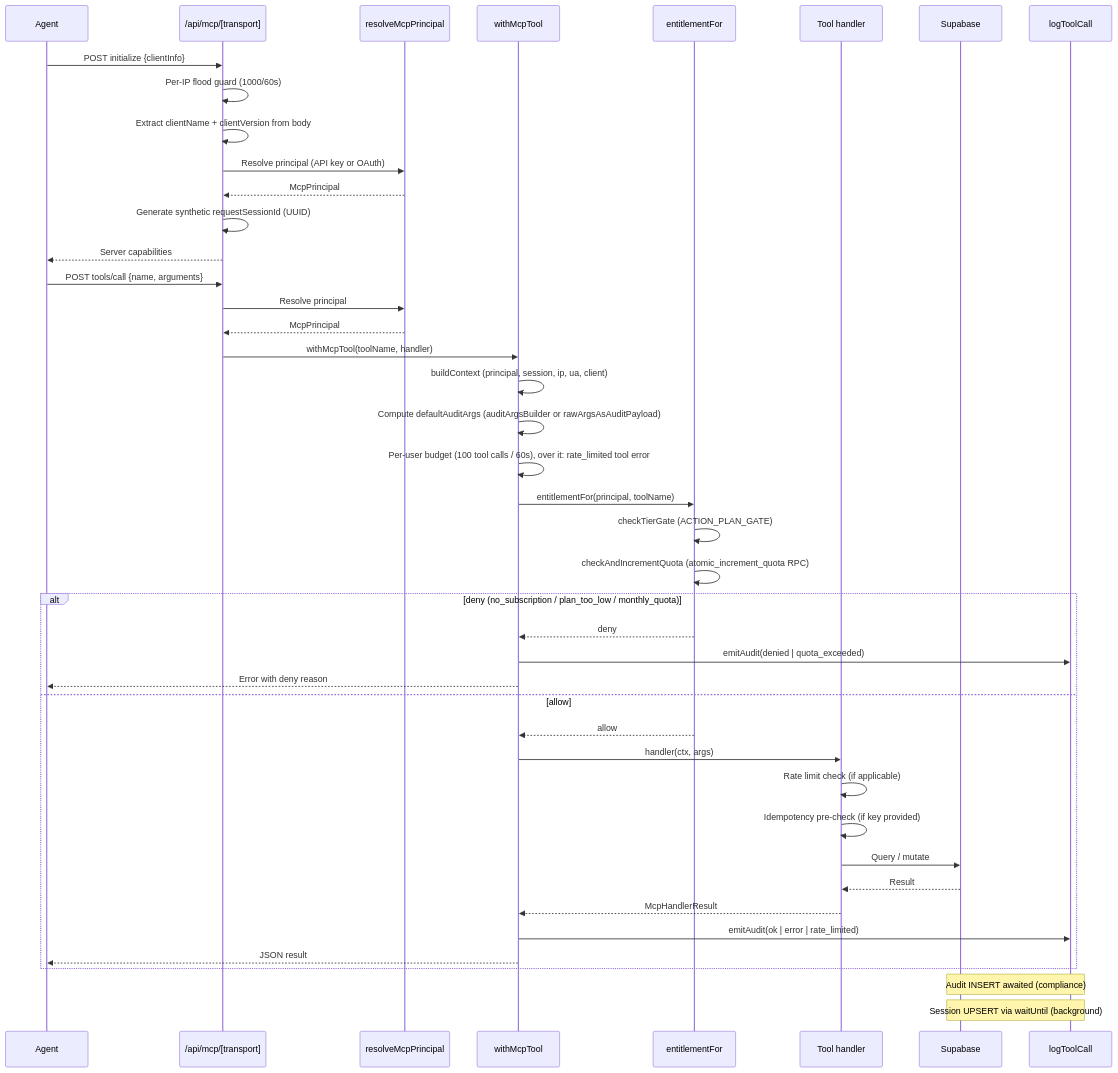
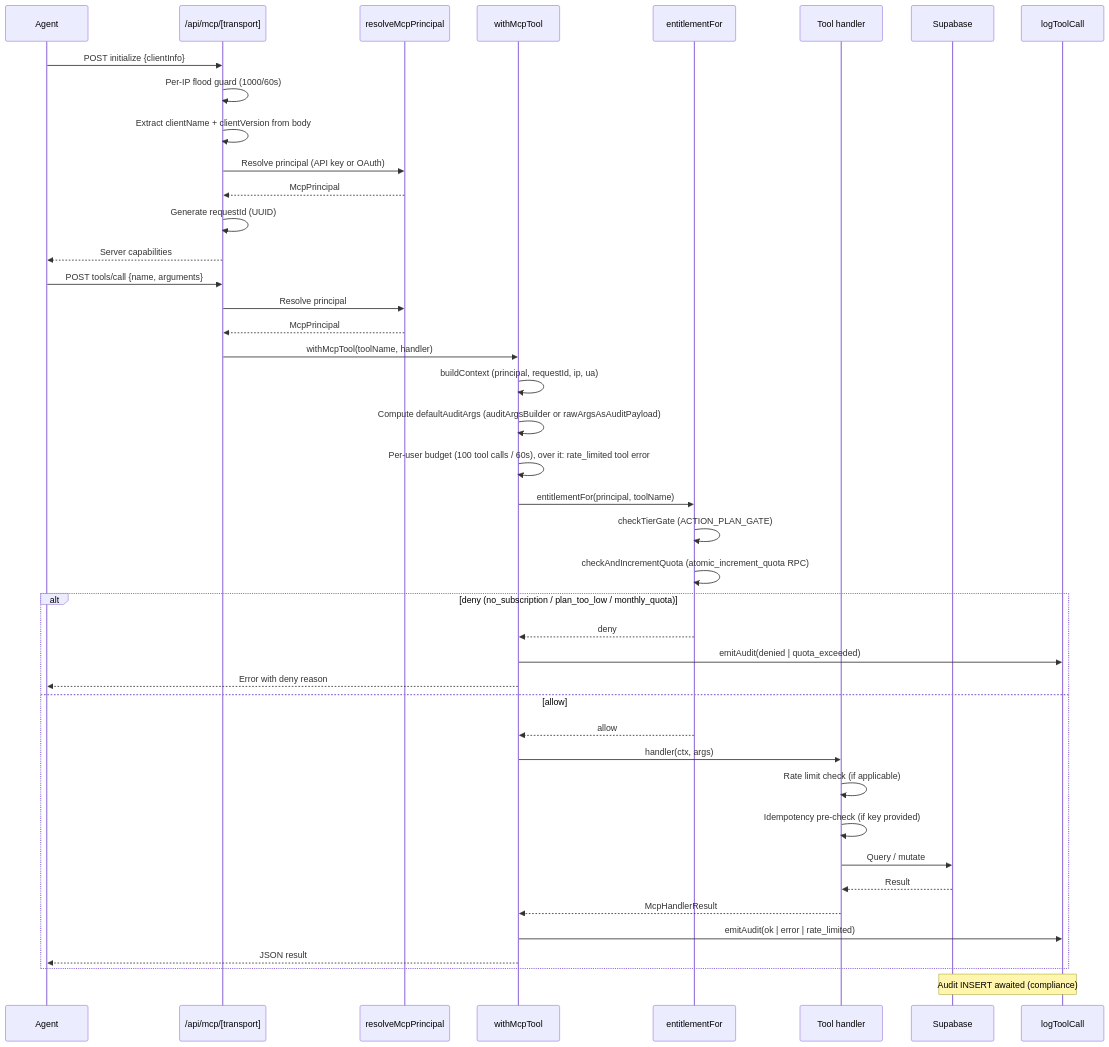
The second of 2 diagrams in docs/MCP.md (Andy00L/sharetopus), drawn with Mermaid before and after one commit. The commit also changed other lines of this file and 11 other files, not shown here.

````diff
--- a/docs/MCP.md
+++ b/docs/MCP.md
@@ -703,49 +700,48 @@
 ```mermaid
 sequenceDiagram
     participant A as Agent
     participant R as /api/mcp/[transport]
     participant Auth as resolveMcpPrincipal
     participant HOF as withMcpTool
     participant Ent as entitlementFor
     participant Tool as Tool handler
     participant DB as Supabase
     participant Audit as logToolCall
 
     A->>R: POST initialize {clientInfo}
     R->>R: Per-IP flood guard (1000/60s)
     R->>R: Extract clientName + clientVersion from body
     R->>Auth: Resolve principal (API key or OAuth)
     Auth-->>R: McpPrincipal
-    R->>R: Generate synthetic requestSessionId (UUID)
+    R->>R: Generate requestId (UUID)
     R-->>A: Server capabilities
 
     A->>R: POST tools/call {name, arguments}
     R->>Auth: Resolve principal
     Auth-->>R: McpPrincipal
     R->>HOF: withMcpTool(toolName, handler)
-    HOF->>HOF: buildContext (principal, session, ip, ua, client)
+    HOF->>HOF: buildContext (principal, requestId, ip, ua)
     HOF->>HOF: Compute defaultAuditArgs (auditArgsBuilder or rawArgsAsAuditPayload)
     HOF->>HOF: Per-user budget (100 tool calls / 60s), over it: rate_limited tool error
     HOF->>Ent: entitlementFor(principal, toolName)
     Ent->>Ent: checkTierGate (ACTION_PLAN_GATE)
     Ent->>Ent: checkAndIncrementQuota (atomic_increment_quota RPC)
 
     alt deny (no_subscription / plan_too_low / monthly_quota)
         Ent-->>HOF: deny
         HOF->>Audit: emitAudit(denied | quota_exceeded)
         HOF-->>A: Error with deny reason
     else allow
         Ent-->>HOF: allow
         HOF->>Tool: handler(ctx, args)
         Tool->>Tool: Rate limit check (if applicable)
         Tool->>Tool: Idempotency pre-check (if key provided)
         Tool->>DB: Query / mutate
         DB-->>Tool: Result
         Tool-->>HOF: McpHandlerResult
         HOF->>Audit: emitAudit(ok | error | rate_limited)
         HOF-->>A: JSON result
     end
 
     Note over Audit,DB: Audit INSERT awaited (compliance)
-    Note over Audit,DB: Session UPSERT via waitUntil (background)
 ```
````
